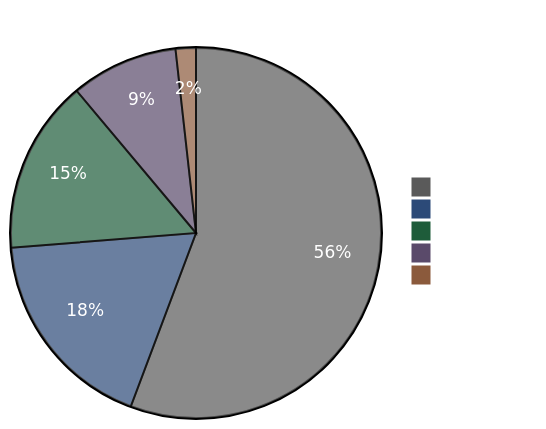
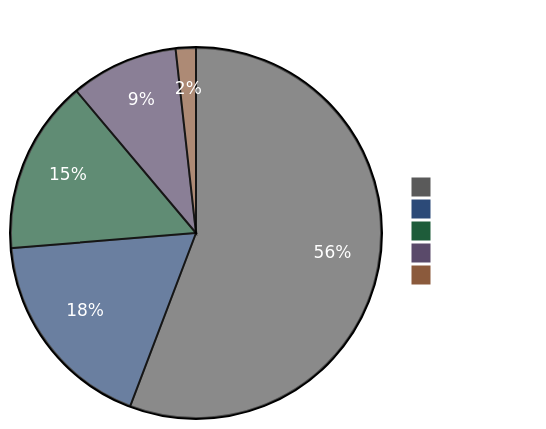
One commit to ccmeteorljh/reco-arxiv-daily changed the diagram in README.md. Above: the diagram before and after it, drawn with Mermaid. The commit also changed other lines of this file and 7 other files, not shown here.

````diff
--- a/README.md
+++ b/README.md
@@ -6,19 +6,19 @@
 ```mermaid
 %%{init: {'theme':'base', 'themeVariables': {
   'pie1':'#5a5a5a',
   'pie2':'#2c4a78',
   'pie3':'#1e5c3a',
   'pie4':'#5a4a6a',
   'pie5':'#8b5a3c',
   'pieTitleTextColor':'#ffffff',
   'pieSectionTextColor':'#ffffff',
   'pieLegendTextColor':'#ffffff'
 }}}%%
 pie showData
 title Paper Distribution by Tag
-  "Other" : 662
+  "Other" : 666
   "LLM" : 214
-  "GR" : 180
-  "Seq" : 111
+  "GR" : 181
+  "Seq" : 112
   "Scaling" : 21
 ```
````
